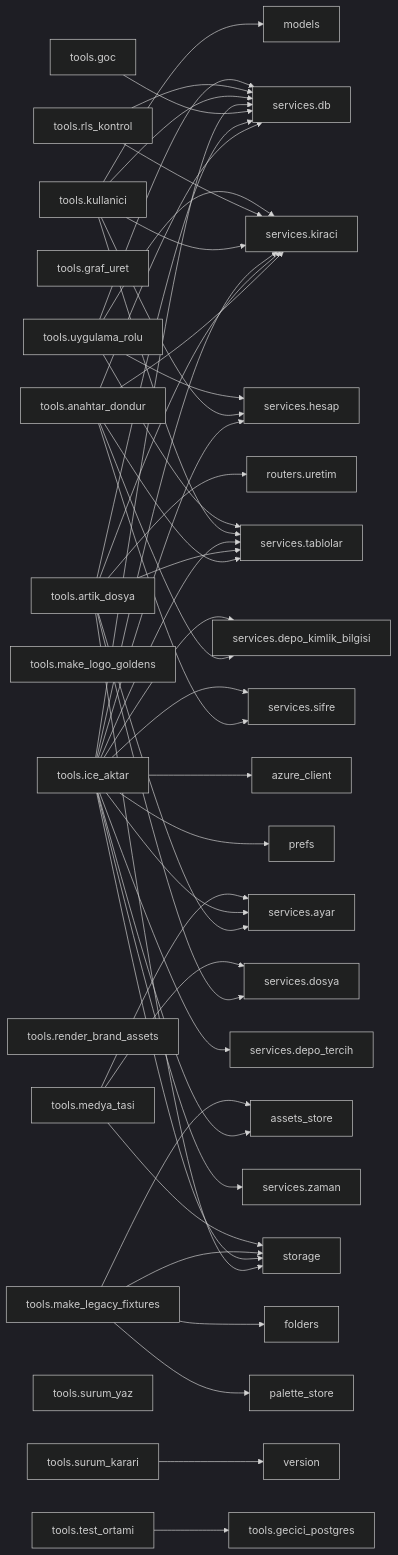
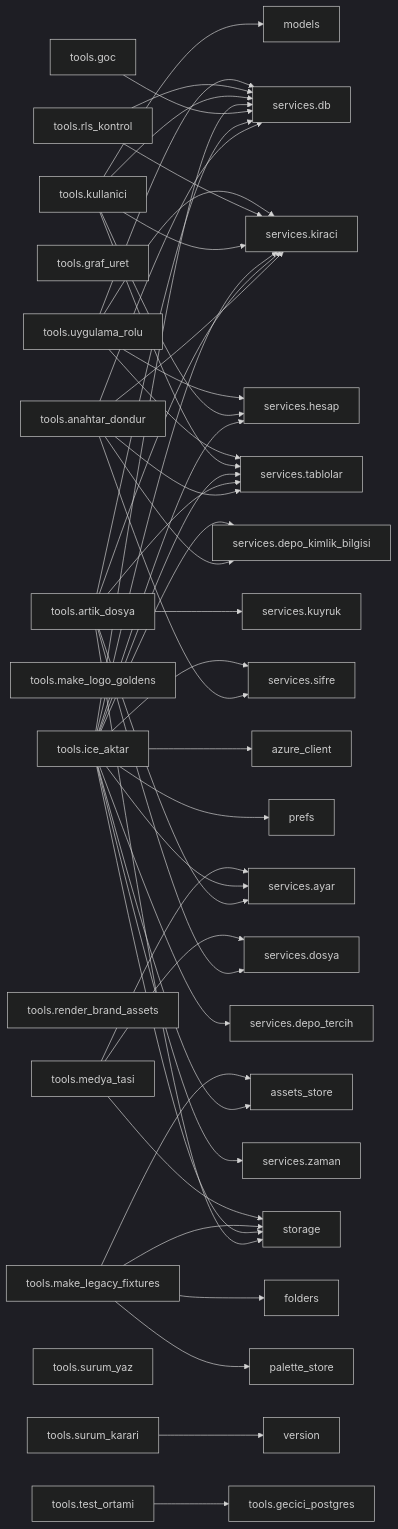
One commit to Zenginby/kromis changed the second of 2 diagrams in docs/graflar/moduller.md. Above: the diagram before and after it, drawn with Mermaid (dark theme). The commit also changed other lines of this file and 36 other files, not shown here.

````diff
--- a/docs/graflar/moduller.md
+++ b/docs/graflar/moduller.md
@@ -672,65 +675,65 @@
 ```mermaid
 flowchart LR
   n_tools_anahtar_dondur["tools.anahtar_dondur"]
   n_tools_anahtar_dondur --> n_services_db["services.db"]
   n_tools_anahtar_dondur --> n_services_depo_kimlik_bilgisi["services.depo_kimlik_bilgisi"]
   n_tools_anahtar_dondur --> n_services_kiraci["services.kiraci"]
   n_tools_anahtar_dondur --> n_services_sifre["services.sifre"]
   n_tools_anahtar_dondur --> n_services_tablolar["services.tablolar"]
   n_tools_artik_dosya["tools.artik_dosya"]
-  n_tools_artik_dosya --> n_routers_uretim["routers.uretim"]
   n_tools_artik_dosya --> n_services_ayar["services.ayar"]
   n_tools_artik_dosya --> n_services_db["services.db"]
   n_tools_artik_dosya --> n_services_dosya["services.dosya"]
   n_tools_artik_dosya --> n_services_kiraci["services.kiraci"]
+  n_tools_artik_dosya --> n_services_kuyruk["services.kuyruk"]
   n_tools_artik_dosya --> n_services_tablolar["services.tablolar"]
   n_tools_artik_dosya --> n_storage["storage"]
   n_tools_gecici_postgres["tools.gecici_postgres"]
   n_tools_goc["tools.goc"]
   n_tools_goc --> n_services_db["services.db"]
   n_tools_graf_uret["tools.graf_uret"]
   n_tools_ice_aktar["tools.ice_aktar"]
   n_tools_ice_aktar --> n_assets_store["assets_store"]
   n_tools_ice_aktar --> n_azure_client["azure_client"]
   n_tools_ice_aktar --> n_prefs["prefs"]
   n_tools_ice_aktar --> n_services_ayar["services.ayar"]
   n_tools_ice_aktar --> n_services_db["services.db"]
   n_tools_ice_aktar --> n_services_depo_kimlik_bilgisi["services.depo_kimlik_bilgisi"]
   n_tools_ice_aktar --> n_services_depo_tercih["services.depo_tercih"]
   n_tools_ice_aktar --> n_services_hesap["services.hesap"]
   n_tools_ice_aktar --> n_services_kiraci["services.kiraci"]
   n_tools_ice_aktar --> n_services_sifre["services.sifre"]
   n_tools_ice_aktar --> n_services_tablolar["services.tablolar"]
   n_tools_ice_aktar --> n_services_zaman["services.zaman"]
   n_tools_ice_aktar --> n_storage["storage"]
   n_tools_kullanici["tools.kullanici"]
   n_tools_kullanici --> n_models["models"]
   n_tools_kullanici --> n_services_db["services.db"]
   n_tools_kullanici --> n_services_hesap["services.hesap"]
   n_tools_kullanici --> n_services_kiraci["services.kiraci"]
   n_tools_kullanici --> n_services_tablolar["services.tablolar"]
   n_tools_make_legacy_fixtures["tools.make_legacy_fixtures"]
   n_tools_make_legacy_fixtures --> n_assets_store["assets_store"]
   n_tools_make_legacy_fixtures --> n_folders["folders"]
   n_tools_make_legacy_fixtures --> n_palette_store["palette_store"]
   n_tools_make_legacy_fixtures --> n_storage["storage"]
   n_tools_make_logo_goldens["tools.make_logo_goldens"]
   n_tools_medya_tasi["tools.medya_tasi"]
   n_tools_medya_tasi --> n_services_ayar["services.ayar"]
   n_tools_medya_tasi --> n_services_dosya["services.dosya"]
   n_tools_medya_tasi --> n_storage["storage"]
   n_tools_render_brand_assets["tools.render_brand_assets"]
   n_tools_rls_kontrol["tools.rls_kontrol"]
   n_tools_rls_kontrol --> n_services_db["services.db"]
   n_tools_rls_kontrol --> n_services_kiraci["services.kiraci"]
   n_tools_surum_karari["tools.surum_karari"]
   n_tools_surum_karari --> n_version["version"]
   n_tools_surum_yaz["tools.surum_yaz"]
   n_tools_test_ortami["tools.test_ortami"]
   n_tools_test_ortami --> n_tools_gecici_postgres["tools.gecici_postgres"]
   n_tools_uygulama_rolu["tools.uygulama_rolu"]
   n_tools_uygulama_rolu --> n_services_db["services.db"]
   n_tools_uygulama_rolu --> n_services_hesap["services.hesap"]
   n_tools_uygulama_rolu --> n_services_kiraci["services.kiraci"]
   n_tools_uygulama_rolu --> n_services_tablolar["services.tablolar"]
 ```
````
